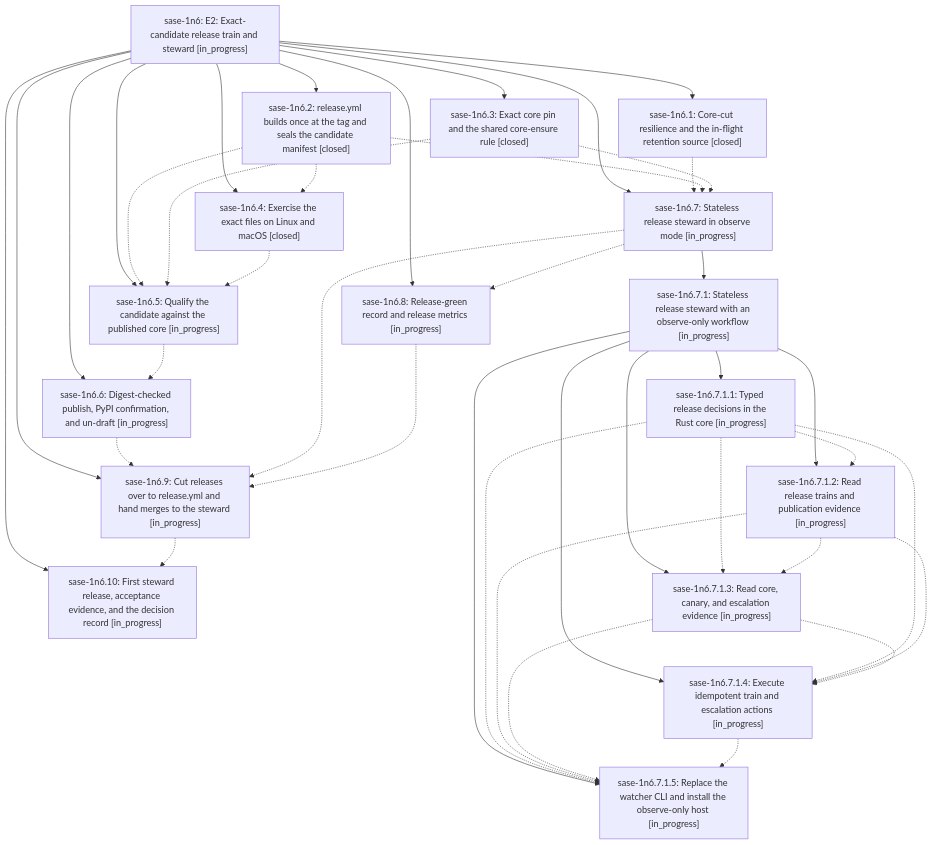
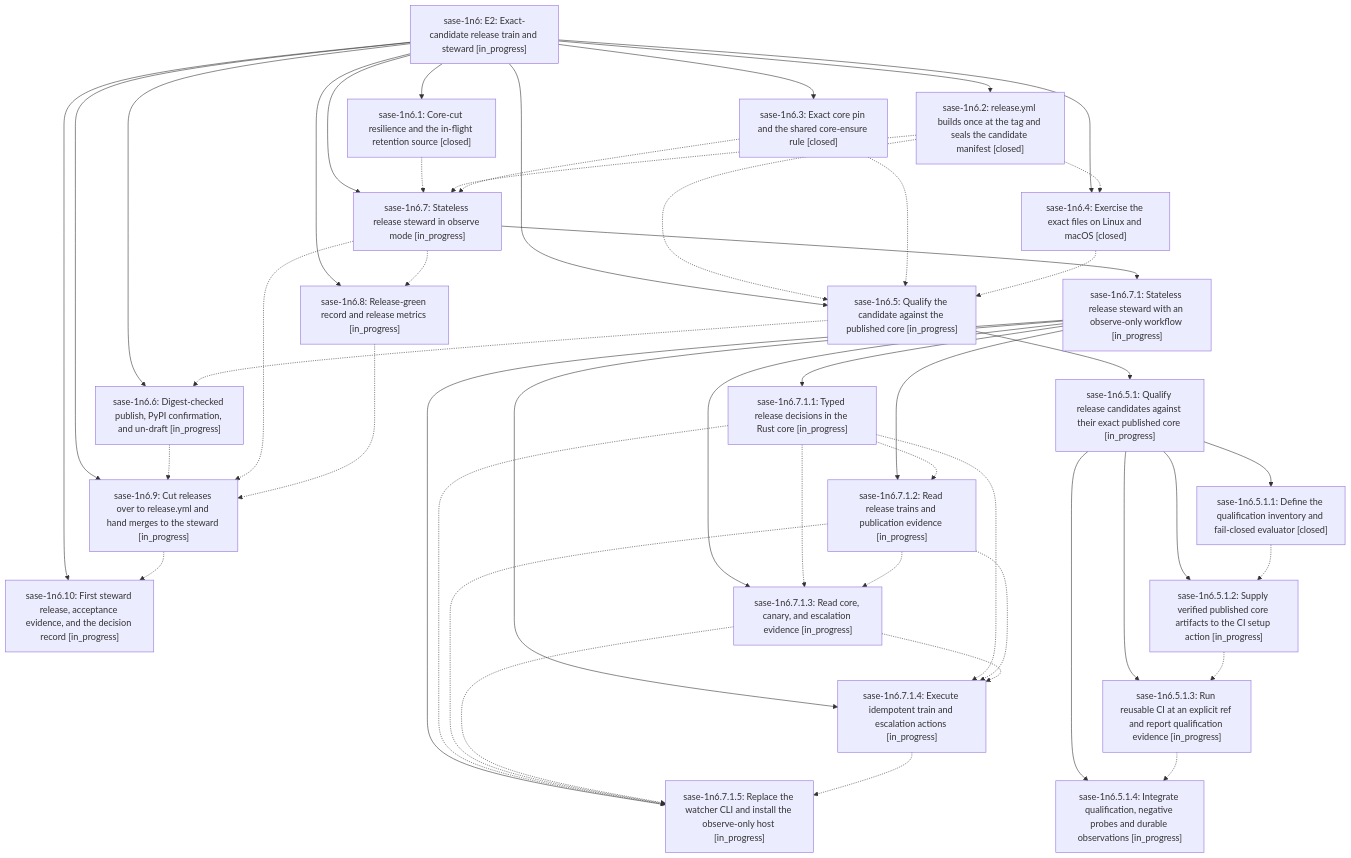
Before and after one commit to sase-org/sase--beads: the diagram in pages/sase-1n6/README.md, drawn with Mermaid. The commit also changed other lines of this file and 7 other files, not shown here.

````diff
--- a/pages/sase-1n6/README.md
+++ b/pages/sase-1n6/README.md
@@ -43,59 +43,72 @@
 ```mermaid
 flowchart TD
     n0["sase-1n6: E2: Exact-candidate release train and steward [in_progress]"]
     n1["sase-1n6.1: Core-cut resilience and the in-flight retention source [closed]"]
     n2["sase-1n6.10: First steward release, acceptance evidence, and the decision record [in_progress]"]
     n3["sase-1n6.2: release.yml builds once at the tag and seals the candidate manifest [closed]"]
     n4["sase-1n6.3: Exact core pin and the shared core-ensure rule [closed]"]
     n5["sase-1n6.4: Exercise the exact files on Linux and macOS [closed]"]
     n6["sase-1n6.5: Qualify the candidate against the published core [in_progress]"]
-    n7["sase-1n6.6: Digest-checked publish, PyPI confirmation, and un-draft [in_progress]"]
-    n8["sase-1n6.7: Stateless release steward in observe mode [in_progress]"]
-    n9["sase-1n6.7.1: Stateless release steward with an observe-only workflow [in_progress]"]
-    n10["sase-1n6.7.1.1: Typed release decisions in the Rust core [in_progress]"]
-    n11["sase-1n6.7.1.2: Read release trains and publication evidence [in_progress]"]
-    n12["sase-1n6.7.1.3: Read core, canary, and escalation evidence [in_progress]"]
-    n13["sase-1n6.7.1.4: Execute idempotent train and escalation actions [in_progress]"]
-    n14["sase-1n6.7.1.5: Replace the watcher CLI and install the observe-only host [in_progress]"]
-    n15["sase-1n6.8: Release-green record and release metrics [in_progress]"]
-    n16["sase-1n6.9: Cut releases over to release.yml and hand merges to the steward [in_progress]"]
+    n7["sase-1n6.5.1: Qualify release candidates against their exact published core [in_progress]"]
+    n8["sase-1n6.5.1.1: Define the qualification inventory and fail-closed evaluator [closed]"]
+    n9["sase-1n6.5.1.2: Supply verified published core artifacts to the CI setup action [in_progress]"]
+    n10["sase-1n6.5.1.3: Run reusable CI at an explicit ref and report qualification evidence [in_progress]"]
+    n11["sase-1n6.5.1.4: Integrate qualification, negative probes and durable observations [in_progress]"]
+    n12["sase-1n6.6: Digest-checked publish, PyPI confirmation, and un-draft [in_progress]"]
+    n13["sase-1n6.7: Stateless release steward in observe mode [in_progress]"]
+    n14["sase-1n6.7.1: Stateless release steward with an observe-only workflow [in_progress]"]
+    n15["sase-1n6.7.1.1: Typed release decisions in the Rust core [in_progress]"]
+    n16["sase-1n6.7.1.2: Read release trains and publication evidence [in_progress]"]
+    n17["sase-1n6.7.1.3: Read core, canary, and escalation evidence [in_progress]"]
+    n18["sase-1n6.7.1.4: Execute idempotent train and escalation actions [in_progress]"]
+    n19["sase-1n6.7.1.5: Replace the watcher CLI and install the observe-only host [in_progress]"]
+    n20["sase-1n6.8: Release-green record and release metrics [in_progress]"]
+    n21["sase-1n6.9: Cut releases over to release.yml and hand merges to the steward [in_progress]"]
     n0 --> n1
     n0 --> n2
     n0 --> n3
     n0 --> n4
     n0 --> n5
     n0 --> n6
-    n0 --> n7
-    n0 --> n8
-    n8 --> n9
-    n9 --> n10
-    n9 --> n11
-    n9 --> n12
-    n9 --> n13
-    n9 --> n14
-    n0 --> n15
-    n0 --> n16
-    n1 -.-> n8
+    n6 --> n7
+    n7 --> n8
+    n7 --> n9
+    n7 --> n10
+    n7 --> n11
+    n0 --> n12
+    n0 --> n13
+    n13 --> n14
+    n14 --> n15
+    n14 --> n16
+    n14 --> n17
+    n14 --> n18
+    n14 --> n19
+    n0 --> n20
+    n0 --> n21
+    n1 -.-> n13
     n3 -.-> n5
     n3 -.-> n6
-    n3 -.-> n8
+    n3 -.-> n13
     n4 -.-> n6
-    n4 -.-> n8
+    n4 -.-> n13
     n5 -.-> n6
-    n6 -.-> n7
-    n7 -.-> n16
-    n8 -.-> n15
-    n8 -.-> n16
+    n6 -.-> n12
+    n8 -.-> n9
+    n9 -.-> n10
     n10 -.-> n11
-    n10 -.-> n12
-    n10 -.-> n13
-    n10 -.-> n14
-    n11 -.-> n12
-    n11 -.-> n13
-    n11 -.-> n14
-    n12 -.-> n13
-    n12 -.-> n14
-    n13 -.-> n14
+    n12 -.-> n21
+    n13 -.-> n20
+    n13 -.-> n21
     n15 -.-> n16
-    n16 -.-> n2
+    n15 -.-> n17
+    n15 -.-> n18
+    n15 -.-> n19
+    n16 -.-> n17
+    n16 -.-> n18
+    n16 -.-> n19
+    n17 -.-> n18
+    n17 -.-> n19
+    n18 -.-> n19
+    n20 -.-> n21
+    n21 -.-> n2
 ```
````
